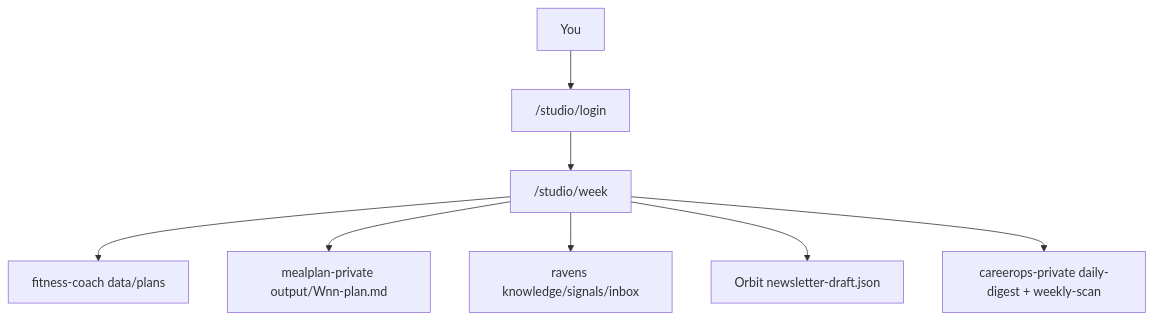
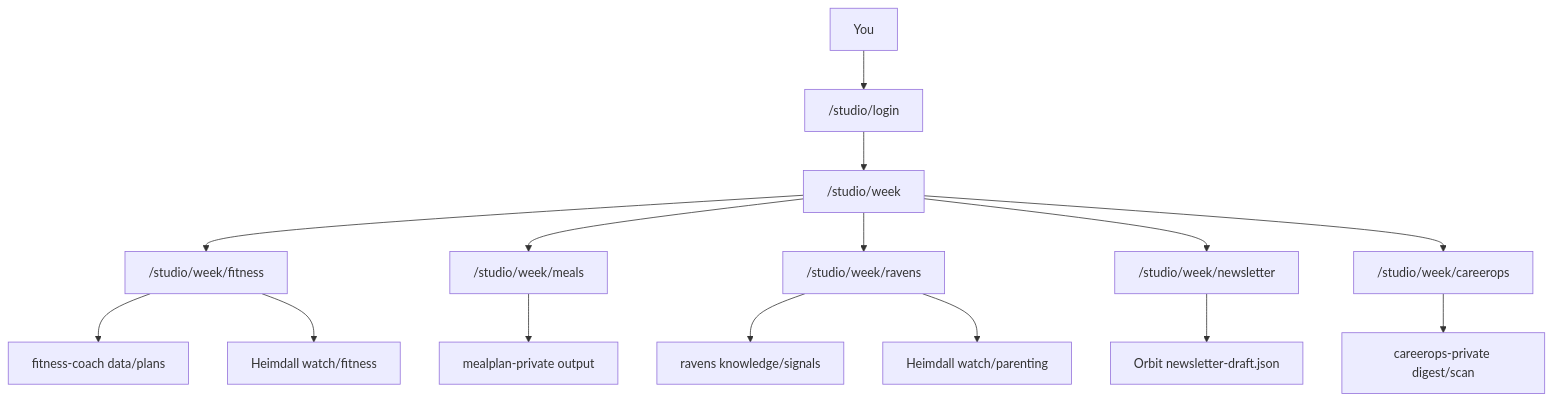
One commit to AlexTouvras/Orbit changed the fifth of 6 diagrams in src/content/architecture/orbit-platform.mdx. Above: the diagram before and after it, drawn with Mermaid. The commit also changed other lines of this file and 10 other files, not shown here.

First line of the commit message:
Add ProjectBrain showcase: featured Write, portfolio card, and architecture page.

````diff
--- a/src/content/architecture/orbit-platform.mdx
+++ b/src/content/architecture/orbit-platform.mdx
@@ -161,10 +181,17 @@
 ```mermaid
 flowchart TB
   You[You] --> Login["/studio/login"]
-  Login --> Week["/studio/week"]
-  Week --> Fitness["fitness-coach data/plans"]
-  Week --> Meals["mealplan-private output/Wnn-plan.md"]
-  Week --> Ravens["ravens knowledge/signals/inbox"]
-  Week --> Digest["Orbit newsletter-draft.json"]
-  Week --> Career["careerops-private daily-digest + weekly-scan"]
+  Login --> Hub["/studio/week"]
+  Hub --> Fitness["/studio/week/fitness"]
+  Hub --> Meals["/studio/week/meals"]
+  Hub --> Ravens["/studio/week/ravens"]
+  Hub --> Newsletter["/studio/week/newsletter"]
+  Hub --> Career["/studio/week/careerops"]
+  Fitness --> Plan["fitness-coach data/plans"]
+  Fitness --> Technique["Heimdall watch/fitness"]
+  Meals --> MealSrc["mealplan-private output"]
+  Ravens --> RavenSrc["ravens knowledge/signals"]
+  Ravens --> ParentWatch["Heimdall watch/parenting"]
+  Newsletter --> Digest["Orbit newsletter-draft.json"]
+  Career --> CareerSrc["careerops-private digest/scan"]
 ```
````
